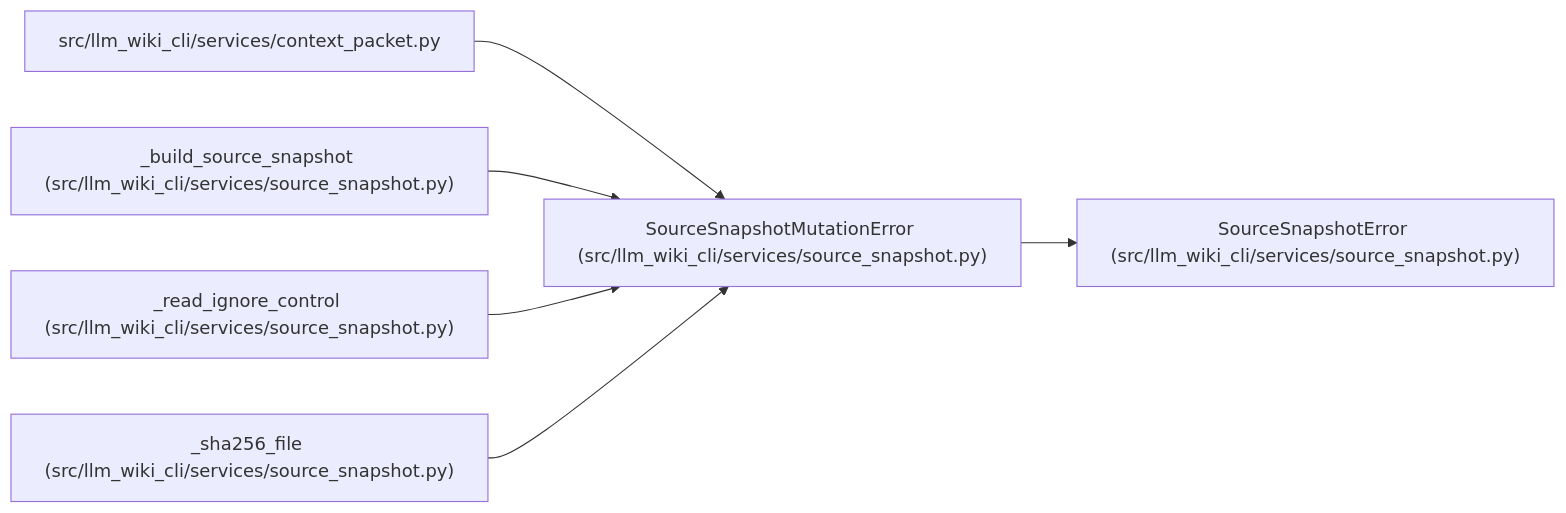
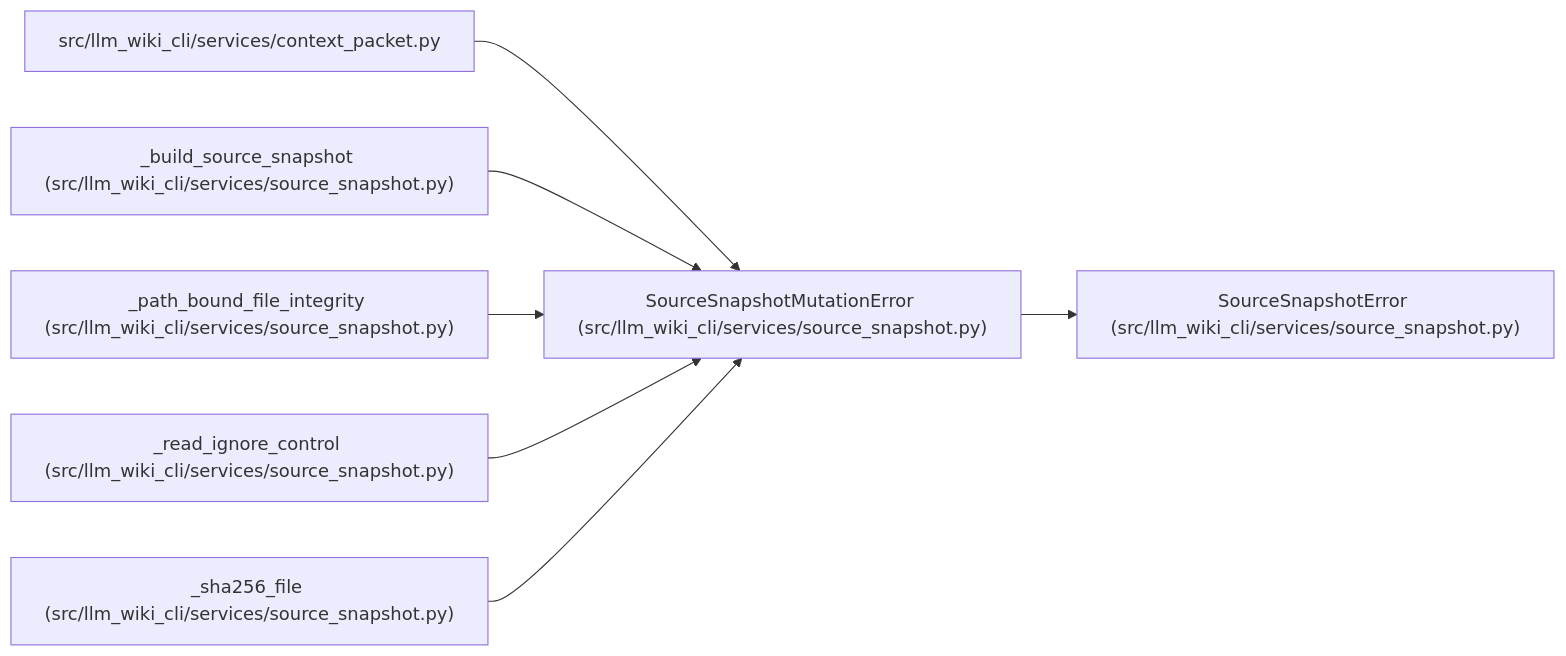
Before and after one commit to Denissvgn/python-wiki-llm: the diagram in docs/llm_wiki/entities/SourceSnapshotMutationError.md, drawn with Mermaid. The commit also changed other lines of this file and 195 other files, not shown here.

````diff
--- a/docs/llm_wiki/entities/SourceSnapshotMutationError.md
+++ b/docs/llm_wiki/entities/SourceSnapshotMutationError.md
@@ -23,20 +23,23 @@
 ```mermaid
 flowchart LR
     n0["SourceSnapshotMutationError (src/llm_wiki_cli/services/source_snapshot.py)"]
     n1["SourceSnapshotError (src/llm_wiki_cli/services/source_snapshot.py)"]
     n2["src/llm_wiki_cli/services/context_packet.py"]
     n3["_build_source_snapshot (src/llm_wiki_cli/services/source_snapshot.py)"]
-    n4["_read_ignore_control (src/llm_wiki_cli/services/source_snapshot.py)"]
-    n5["_sha256_file (src/llm_wiki_cli/services/source_snapshot.py)"]
+    n4["_path_bound_file_integrity (src/llm_wiki_cli/services/source_snapshot.py)"]
+    n5["_read_ignore_control (src/llm_wiki_cli/services/source_snapshot.py)"]
+    n6["_sha256_file (src/llm_wiki_cli/services/source_snapshot.py)"]
     n0 --> n1
     n2 --> n0
     n3 --> n0
     n4 --> n0
     n5 --> n0
+    n6 --> n0
     click n0 "../modules/source_snapshot.md"
     click n1 "../modules/source_snapshot.md"
     click n2 "../modules/context_packet.md"
     click n3 "../modules/source_snapshot.md"
     click n4 "../modules/source_snapshot.md"
     click n5 "../modules/source_snapshot.md"
+    click n6 "../modules/source_snapshot.md"
 ```
````
